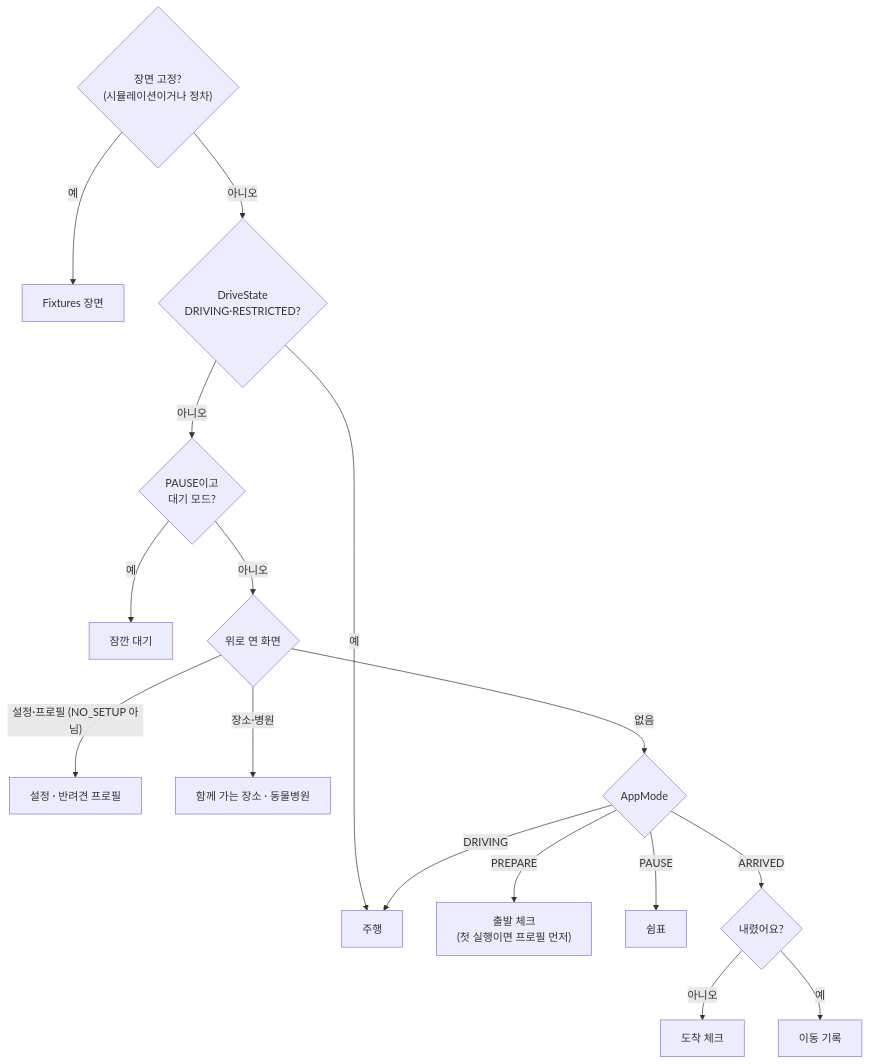
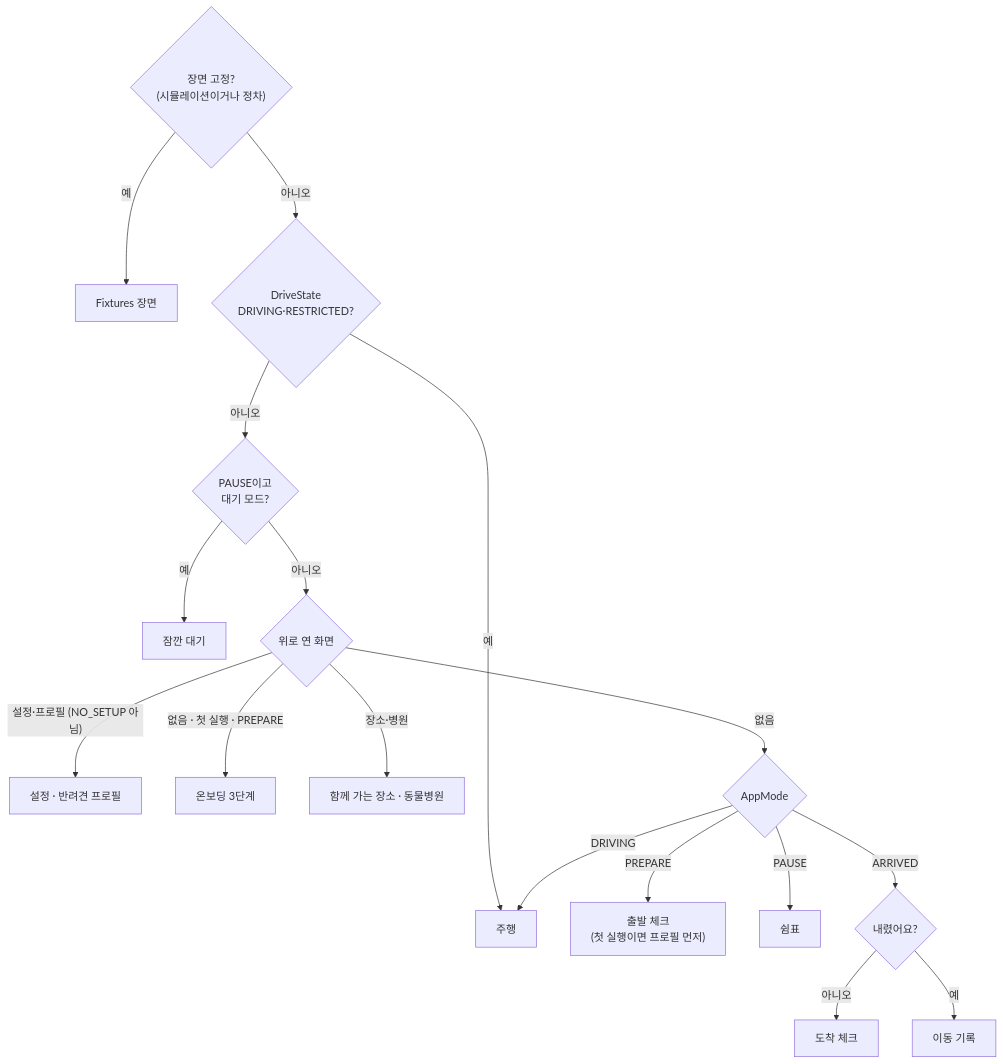
One commit to xuxtaku7610-del/every-moment-of-pause changed the diagram in docs/ui_contract.md. Above: the diagram before and after it, drawn with Mermaid. The commit also changed other lines of this file and 166 other files, not shown here.

````diff
--- a/docs/ui_contract.md
+++ b/docs/ui_contract.md
@@ -13,18 +13,19 @@
 ```mermaid
 flowchart TD
     A{"장면 고정?<br/>(시뮬레이션이거나 정차)"} -->|"예"| SC["Fixtures 장면"]
     A -->|"아니오"| B{"DriveState<br/>DRIVING·RESTRICTED?"}
     B -->|"예"| DR["주행"]
     B -->|"아니오"| W{"PAUSE이고<br/>대기 모드?"}
     W -->|"예"| WA["잠깐 대기"]
     W -->|"아니오"| O{"위로 연 화면"}
     O -->|"설정·프로필 (NO_SETUP 아님)"| ST["설정 · 반려견 프로필"]
+    O -->|"없음 · 첫 실행 · PREPARE"| OB["온보딩 3단계"]
     O -->|"장소·병원"| PL["함께 가는 장소 · 동물병원"]
     O -->|"없음"| M{"AppMode"}
     M -->|"PREPARE"| DE["출발 체크<br/>(첫 실행이면 프로필 먼저)"]
     M -->|"DRIVING"| DR
     M -->|"PAUSE"| RE["쉼표"]
     M -->|"ARRIVED"| AR{"내렸어요?"}
     AR -->|"아니오"| AC["도착 체크"]
     AR -->|"예"| TL["이동 기록"]
 ```
````
